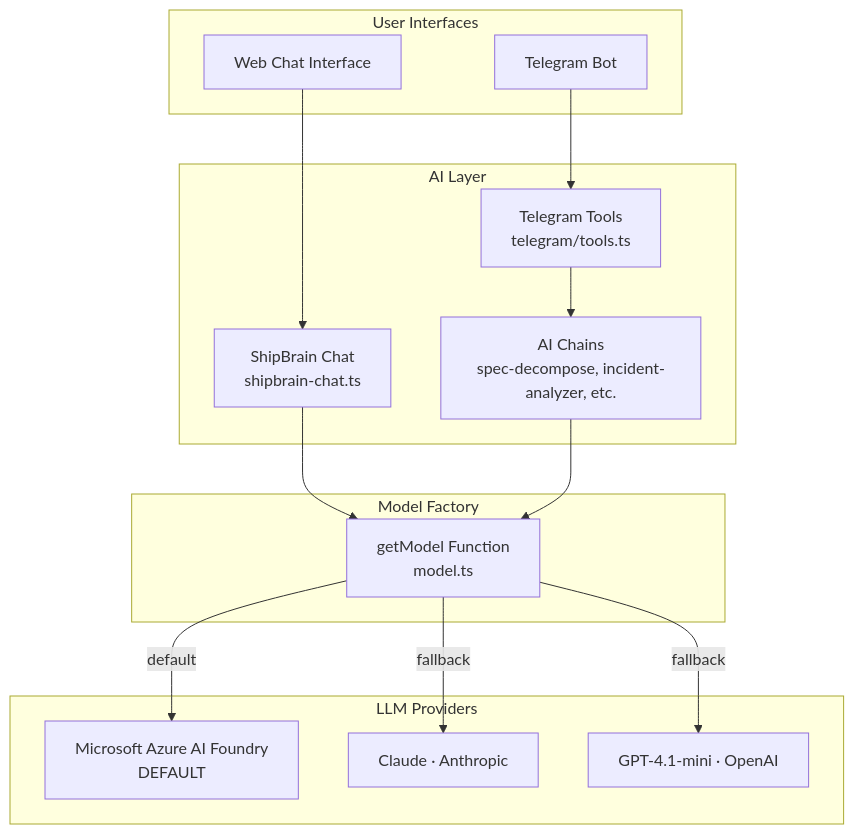
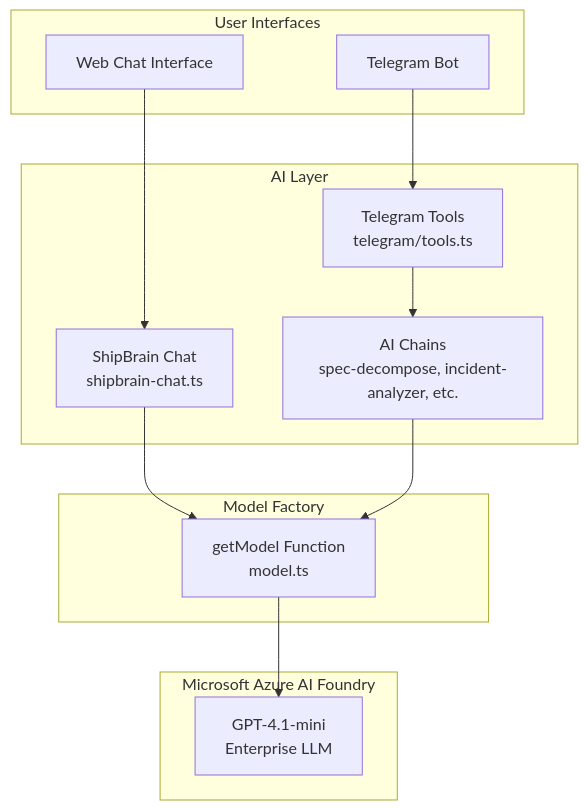
Before and after one commit to JeevantheDev/ShipBrain: diagram 14 of 18 in SHIPBRAIN_PRD_FINAL.md, drawn with Mermaid. The commit also changed other lines of this file, not shown here.

First line of the commit message:
Update PRD: Remove all fallback providers, Azure AI Foundry only

````diff
--- a/SHIPBRAIN_PRD_FINAL.md
+++ b/SHIPBRAIN_PRD_FINAL.md
@@ -605,32 +604,28 @@
 ```mermaid
 flowchart TB
     subgraph "User Interfaces"
         CHAT[Web Chat Interface]
         TG[Telegram Bot]
     end
 
     subgraph "AI Layer"
         SC[ShipBrain Chat<br/>shipbrain-chat.ts]
         TOOLS[Telegram Tools<br/>telegram/tools.ts]
         CHAINS[AI Chains<br/>spec-decompose, incident-analyzer, etc.]
     end
 
     subgraph "Model Factory"
         MF[getModel Function<br/>model.ts]
     end
 
-    subgraph "LLM Providers"
-        AF[Microsoft Azure AI Foundry<br/>DEFAULT]
-        C[Claude · Anthropic]
-        G[GPT-4.1-mini · OpenAI]
+    subgraph "Microsoft Azure AI Foundry"
+        AF[GPT-4.1-mini<br/>Enterprise LLM]
     end
 
     CHAT --> SC
     TG --> TOOLS
     SC --> MF
     TOOLS --> CHAINS
     CHAINS --> MF
-    MF -->|default| AF
-    MF -->|fallback| C
-    MF -->|fallback| G
+    MF --> AF
 ```
````
